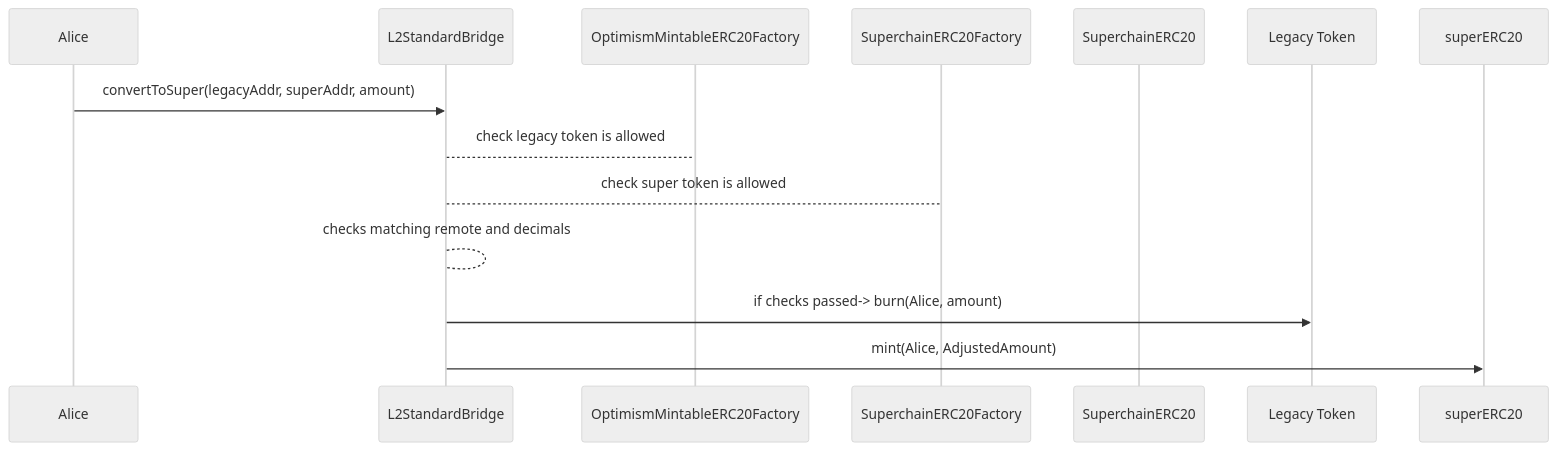
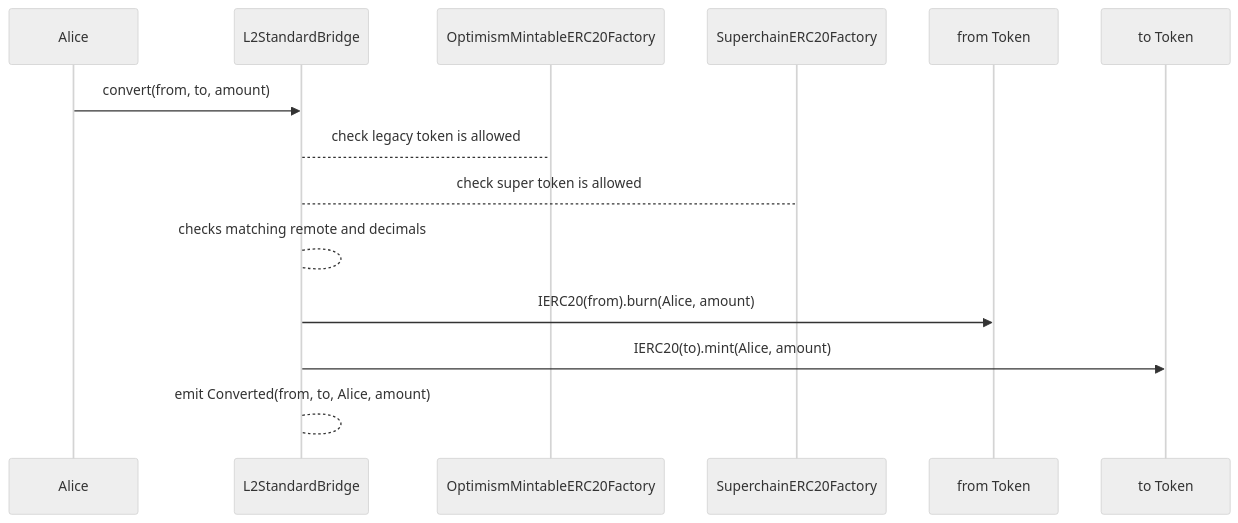
Before and after one commit to ethereum-optimism/specs: the diagram in specs/interop/liquidity_migration.md, drawn with Mermaid (neutral theme). The commit also changed other lines of this file, not shown here.

Commit message:
feat: changed implementation to a single convert function and fixed multiple minor comments

````diff
--- a/specs/interop/liquidity_migration.md
+++ b/specs/interop/liquidity_migration.md
@@ -214,17 +170,17 @@
 ```mermaid
 sequenceDiagram
   participant Alice
   participant L2StandardBridge
   participant factory as OptimismMintableERC20Factory
   participant superfactory as SuperchainERC20Factory
-  participant SuperERC20 as SuperchainERC20
-  participant legacy as Legacy Token
+  participant legacy as from Token
+  participant SuperERC20 as to Token
 
-  Alice->>L2StandardBridge: convertToSuper(legacyAddr, superAddr, amount)
+  Alice->>L2StandardBridge: convert(from, to, amount)
   L2StandardBridge-->factory: check legacy token is allowed
   L2StandardBridge-->superfactory: check super token is allowed
   L2StandardBridge-->L2StandardBridge: checks matching remote and decimals
-  L2StandardBridge->>legacy: if checks passed-> burn(Alice, amount)
-  L2StandardBridge->>superERC20: mint(Alice, AdjustedAmount)
-
+  L2StandardBridge->>legacy: IERC20(from).burn(Alice, amount)
+  L2StandardBridge->>SuperERC20: IERC20(to).mint(Alice, amount)
+  L2StandardBridge-->L2StandardBridge: emit Converted(from, to, Alice, amount)
 ```
````
